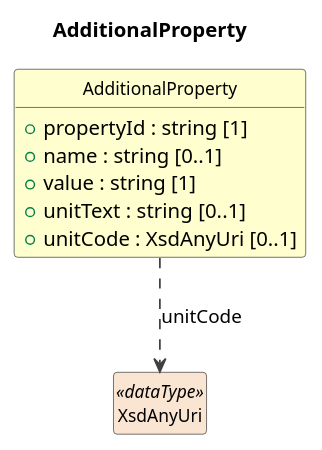
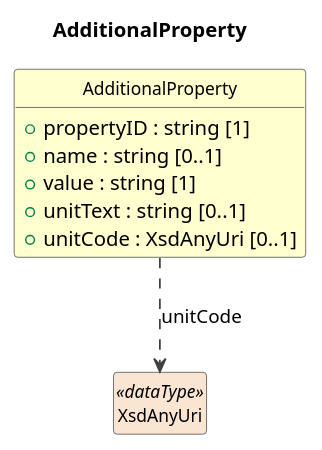
Before and after one commit to Cross-Domain-Interoperability-Framework/metadataBuildingBlocks: the diagram in cdif-uml-model/_plantuml/cdifDiscovery/Classes/AdditionalProperty.pu, drawn with PlantUML. The commit also changed 619 other files, not shown here.

```diff
--- a/cdif-uml-model/_plantuml/cdifDiscovery/Classes/AdditionalProperty.pu
+++ b/cdif-uml-model/_plantuml/cdifDiscovery/Classes/AdditionalProperty.pu
@@ -1,23 +1,23 @@
 @startuml
 title AdditionalProperty
 hide circle
 hide empty members
 skinparam shadowing false
 skinparam ArrowThickness 1.2
 skinparam class {
   ArrowColor #404040
   BorderColor #404040
   FontSize 12
 }
 
 class "AdditionalProperty" as AdditionalProperty #FEFECE {
-  +propertyId : string [1]
+  +propertyID : string [1]
   +name : string [0..1]
   +value : string [1]
   +unitText : string [0..1]
   +unitCode : XsdAnyUri [0..1]
 }
 class "XsdAnyUri" as XsdAnyUri <<dataType>> #FAE5D3
 AdditionalProperty ..> XsdAnyUri : unitCode
 
 @enduml
```
